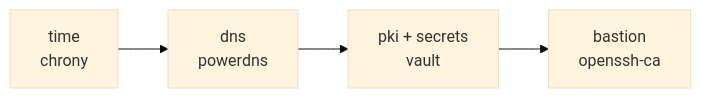
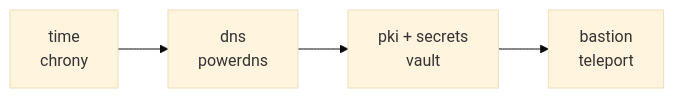
Before and after one commit to WhiteRoseLK/genesis: the first of 2 diagrams in docs/05-bootstrap-lifecycle.md, drawn with Mermaid (base theme). The commit also changed 7 other files, not shown here.

````diff
--- a/docs/05-bootstrap-lifecycle.md
+++ b/docs/05-bootstrap-lifecycle.md
@@ -33,6 +33,6 @@
 ```mermaid
 flowchart LR
   T[time<br/>chrony] --> D[dns<br/>powerdns]
   D --> P[pki + secrets<br/>vault]
-  P --> B[bastion<br/>openssh-ca]
+  P --> B[bastion<br/>teleport]
 ```
````
